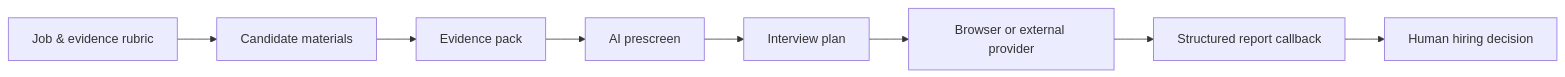
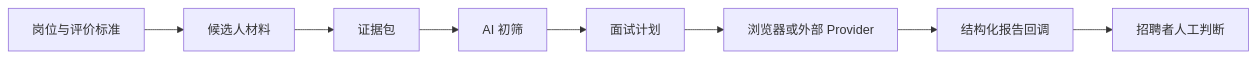
Before and after one commit to JingjieXiong/recruit-ai-platform: the first of 2 diagrams in README.md, drawn with Mermaid. The commit also changed other lines of this file and 2 other files, not shown here.

````diff
--- a/README.md
+++ b/README.md
@@ -11,10 +21,10 @@
 ```mermaid
 flowchart LR
-    A["Job & evidence rubric"] --> B["Candidate materials"]
-    B --> C["Evidence pack"]
-    C --> D["AI prescreen"]
-    D --> E["Interview plan"]
-    E --> F["Browser or external provider"]
-    F --> G["Structured report callback"]
-    G --> H["Human hiring decision"]
+    A["岗位与评价标准"] --> B["候选人材料"]
+    B --> C["证据包"]
+    C --> D["AI 初筛"]
+    D --> E["面试计划"]
+    E --> F["浏览器或外部 Provider"]
+    F --> G["结构化报告回调"]
+    G --> H["招聘者人工判断"]
 ```
````
